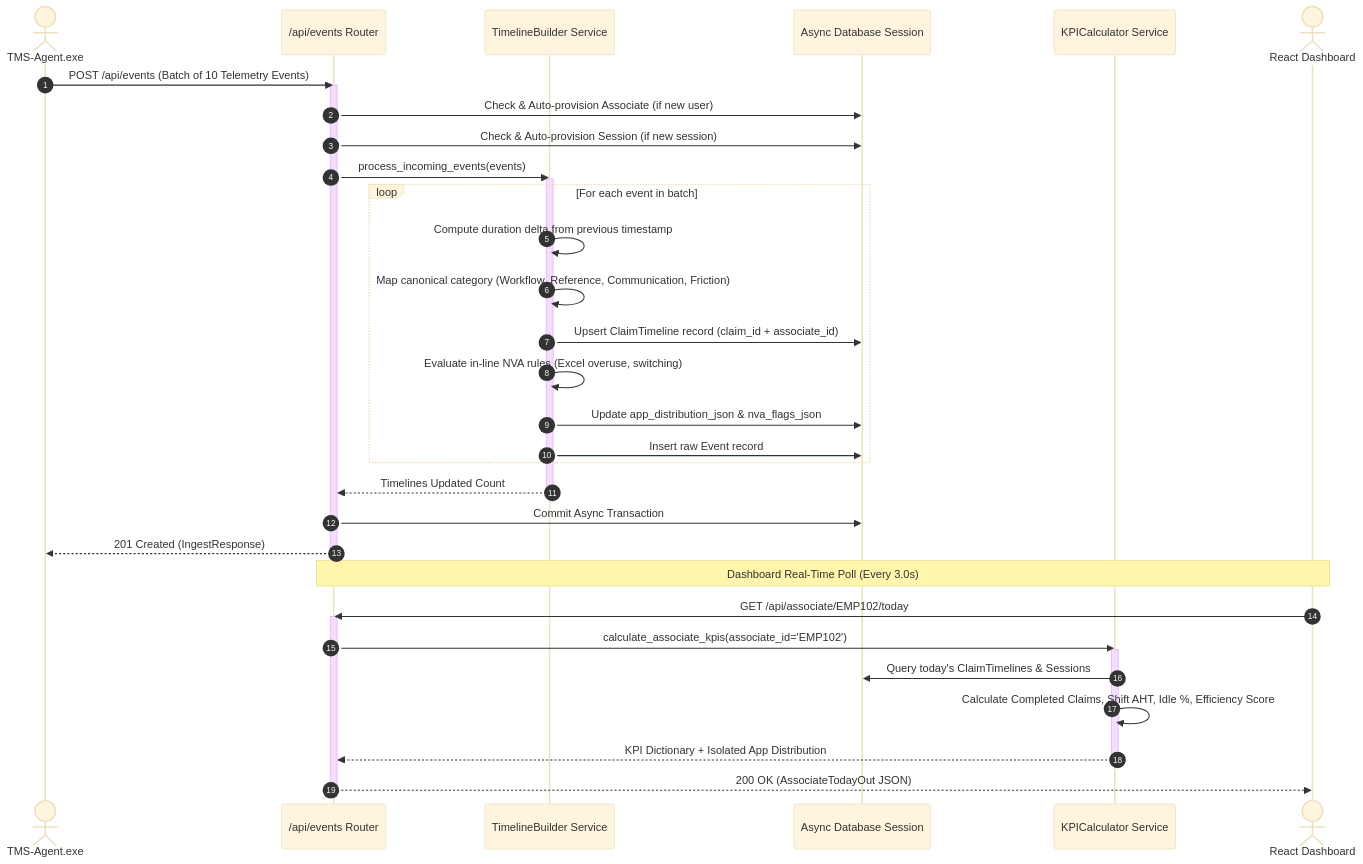
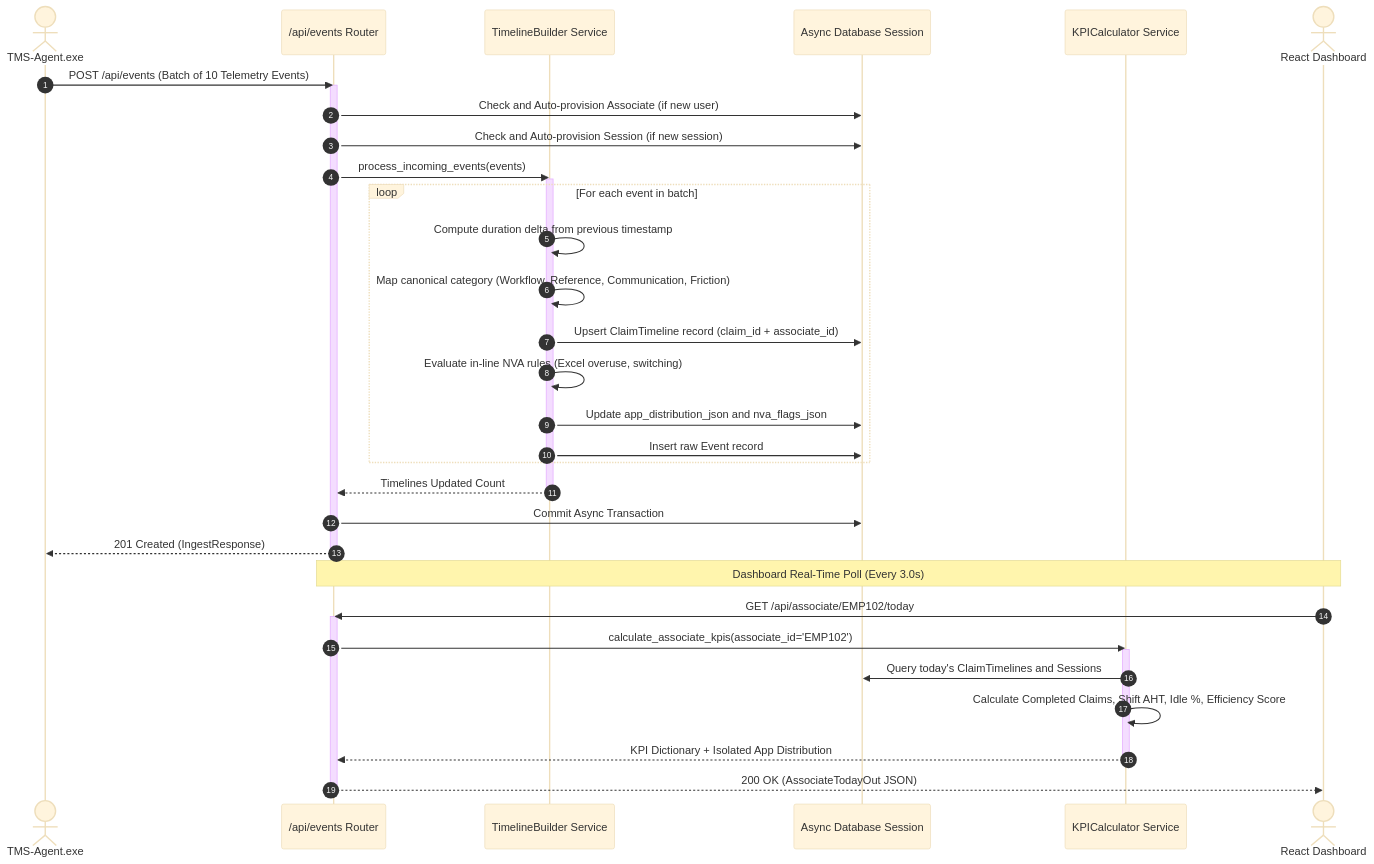
One commit to Gokul2004-ne/TMS changed the third of 7 diagrams in ARCHITECTURE.md. Above: the diagram before and after it, drawn with Mermaid (base theme). The commit also changed other lines of this file and 1 other file, not shown here.

Commit message:
docs: fix GitHub Mermaid rendering in README.md and ARCHITECTURE.md

````diff
--- a/ARCHITECTURE.md
+++ b/ARCHITECTURE.md
@@ -274,44 +274,44 @@
 ```mermaid
 sequenceDiagram
     autonumber
     actor Agent as TMS-Agent.exe
     participant Route as /api/events Router
     participant TL as TimelineBuilder Service
     participant DB as Async Database Session
     participant KPI as KPICalculator Service
     actor Dash as React Dashboard
 
     Agent->>Route: POST /api/events (Batch of 10 Telemetry Events)
     activate Route
-    Route->>DB: Check & Auto-provision Associate (if new user)
-    Route->>DB: Check & Auto-provision Session (if new session)
+    Route->>DB: Check and Auto-provision Associate (if new user)
+    Route->>DB: Check and Auto-provision Session (if new session)
     Route->>TL: process_incoming_events(events)
     activate TL
     
     loop For each event in batch
         TL->>TL: Compute duration delta from previous timestamp
         TL->>TL: Map canonical category (Workflow, Reference, Communication, Friction)
         TL->>DB: Upsert ClaimTimeline record (claim_id + associate_id)
         TL->>TL: Evaluate in-line NVA rules (Excel overuse, switching)
-        TL->>DB: Update app_distribution_json & nva_flags_json
+        TL->>DB: Update app_distribution_json and nva_flags_json
         TL->>DB: Insert raw Event record
     end
     
     TL-->>Route: Timelines Updated Count
     deactivate TL
     Route->>DB: Commit Async Transaction
     Route-->>Agent: 201 Created (IngestResponse)
     deactivate Route
 
     Note over Dash,Route: Dashboard Real-Time Poll (Every 3.0s)
     Dash->>Route: GET /api/associate/EMP102/today
     activate Route
     Route->>KPI: calculate_associate_kpis(associate_id='EMP102')
     activate KPI
-    KPI->>DB: Query today's ClaimTimelines & Sessions
+    KPI->>DB: Query today's ClaimTimelines and Sessions
     KPI->>KPI: Calculate Completed Claims, Shift AHT, Idle %, Efficiency Score
     KPI-->>Route: KPI Dictionary + Isolated App Distribution
     deactivate KPI
     Route-->>Dash: 200 OK (AssociateTodayOut JSON)
     deactivate Route
 ```
````
